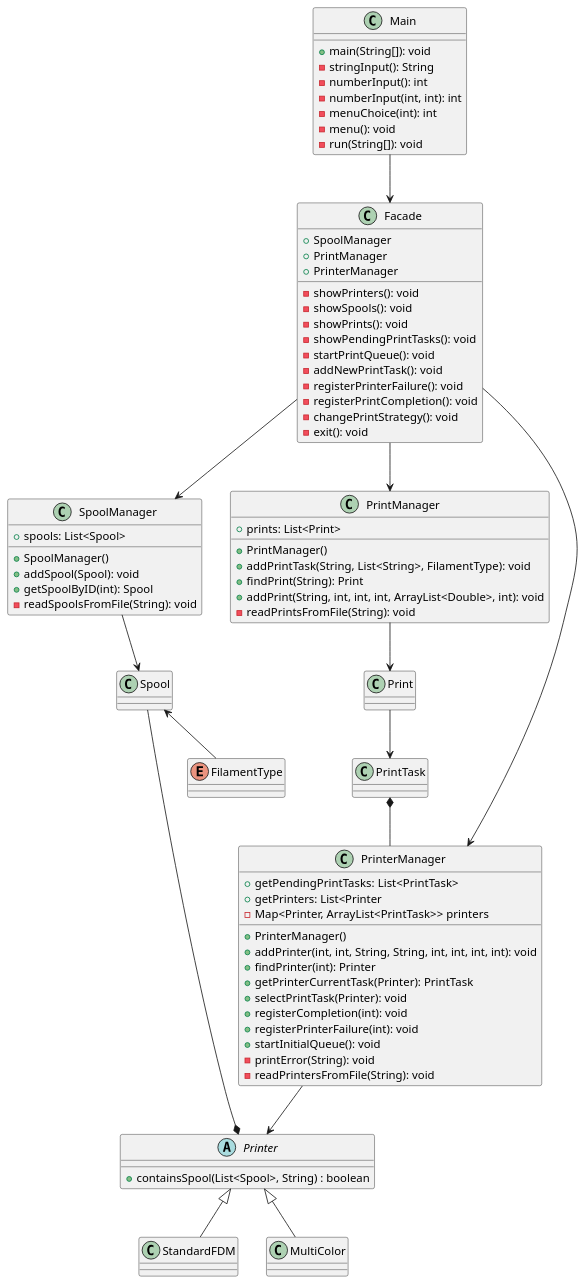
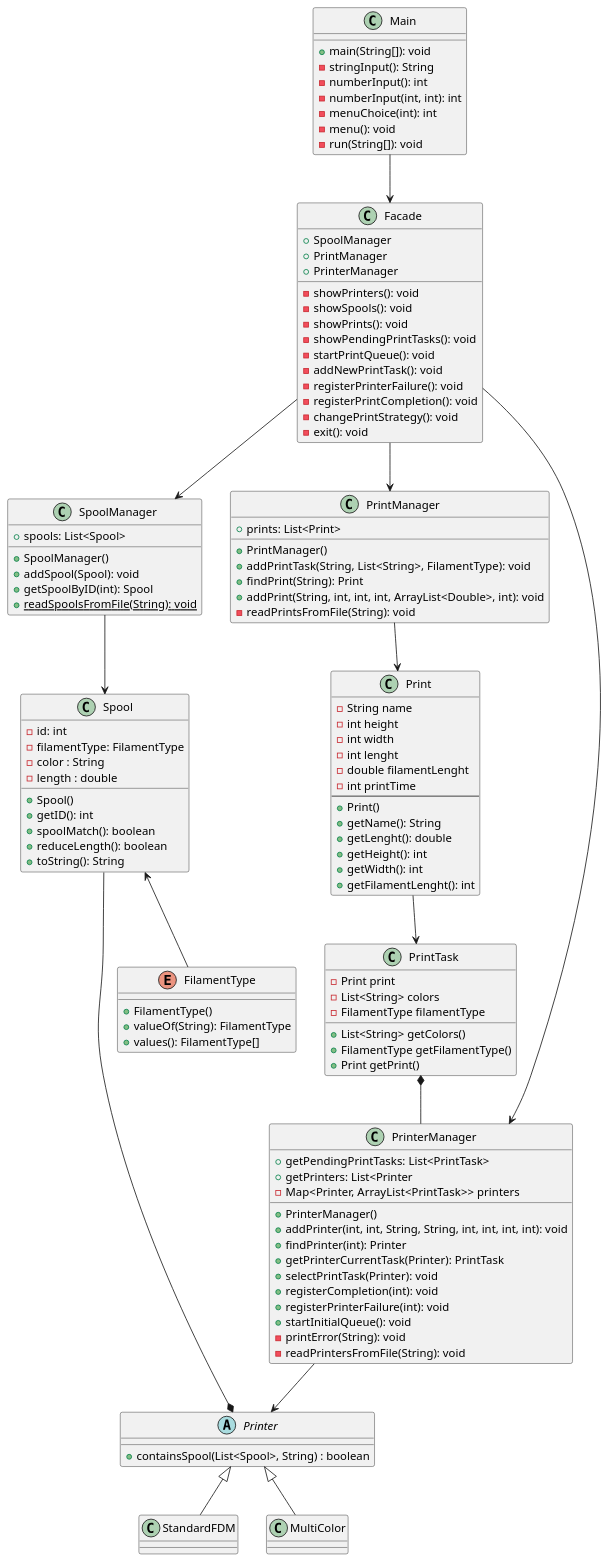
The diagram in docs/Diagrams/full diagrams/Class Diagram 2.1 1part.puml (rtavares14/System-Design), drawn with PlantUML before and after one commit. The commit also changed 1 other file, not shown here.

Commit message:
Spool diagram

```diff
--- a/docs/Diagrams/full diagrams/Class Diagram 2.1 1part.puml
+++ b/docs/Diagrams/full diagrams/Class Diagram 2.1 1part.puml
@@ -1,96 +1,134 @@
 @startuml
 'https://plantuml.com/sequence-diagram
 
 class Main {
     + main(String[]): void
     - stringInput(): String
     - numberInput(): int
     - numberInput(int, int): int
     - menuChoice(int): int
     - menu(): void
     - run(String[]): void
 }
 
 class Facade {
     + SpoolManager
     + PrintManager
     + PrinterManager
     - showPrinters(): void
     - showSpools(): void
     - showPrints(): void
     - showPendingPrintTasks(): void
     - startPrintQueue(): void
     - addNewPrintTask(): void
     - registerPrinterFailure(): void
     - registerPrintCompletion(): void
     - changePrintStrategy(): void
     - exit(): void
 }
 
 class PrintManager {
     + PrintManager()
     + addPrintTask(String, List<String>, FilamentType): void
     + findPrint(String): Print
     + addPrint(String, int, int, int, ArrayList<Double>, int): void
     - readPrintsFromFile(String): void
     + prints: List<Print>
 }
 
 class SpoolManager {
     + SpoolManager()
     + addSpool(Spool): void
     + getSpoolByID(int): Spool
-    - readSpoolsFromFile(String): void
+    + {static} readSpoolsFromFile(String): void
     + spools: List<Spool>
 }
 
 class PrinterManager {
     + PrinterManager()
     + addPrinter(int, int, String, String, int, int, int, int): void
     + findPrinter(int): Printer
     + getPrinterCurrentTask(Printer): PrintTask
     + getPendingPrintTasks: List<PrintTask>
     + getPrinters: List<Printer
     + selectPrintTask(Printer): void
     + registerCompletion(int): void
     + registerPrinterFailure(int): void
     + startInitialQueue(): void
     - printError(String): void
     - readPrintersFromFile(String): void
     - Map<Printer, ArrayList<PrintTask>> printers
 }
 
-
 abstract class Printer{
       + containsSpool(List<Spool>, String) : boolean
 }
 
-class Spool{}
-class Print{}
+class Print{
+- String name
+- int height
+- int width
+- int lenght
+- double filamentLenght
+- int printTime
+---
++ Print()
++ getName(): String
++ getLenght(): double
++ getHeight(): int
++ getWidth(): int
++ getFilamentLenght(): int
+}
+
+class PrintTask{
+- Print print
+- List<String> colors
+- FilamentType filamentType
++ List<String> getColors()
++ FilamentType getFilamentType()
++ Print getPrint()
+}
+
+class Spool{
+    + Spool()
+    - id: int
+    - filamentType: FilamentType
+    - color : String
+    - length : double
+    + getID(): int
+    + spoolMatch(): boolean
+    + reduceLength(): boolean
+    + toString(): String
+}
+
+enum FilamentType{
+  + FilamentType()
+  + valueOf(String): FilamentType
+  + values(): FilamentType[]
+}
+
 class StandardFDM{}
 class MultiColor{}
-class PrintTask{}
-enum FilamentType{}
 
 
 Main -down-> Facade
 
 Facade -down-> SpoolManager
 SpoolManager -down-> Spool
 Spool <-- FilamentType
 Spool --* Printer
 
 Facade -down-> PrintManager
 PrintManager -down-> Print
 Print -down-> PrintTask
 PrintTask *-- PrinterManager
 
 Facade -down-> PrinterManager
 PrinterManager -down-> Printer
 Printer <|-- StandardFDM
 Printer <|-- MultiColor
 
 
 
 
 @enduml
```
